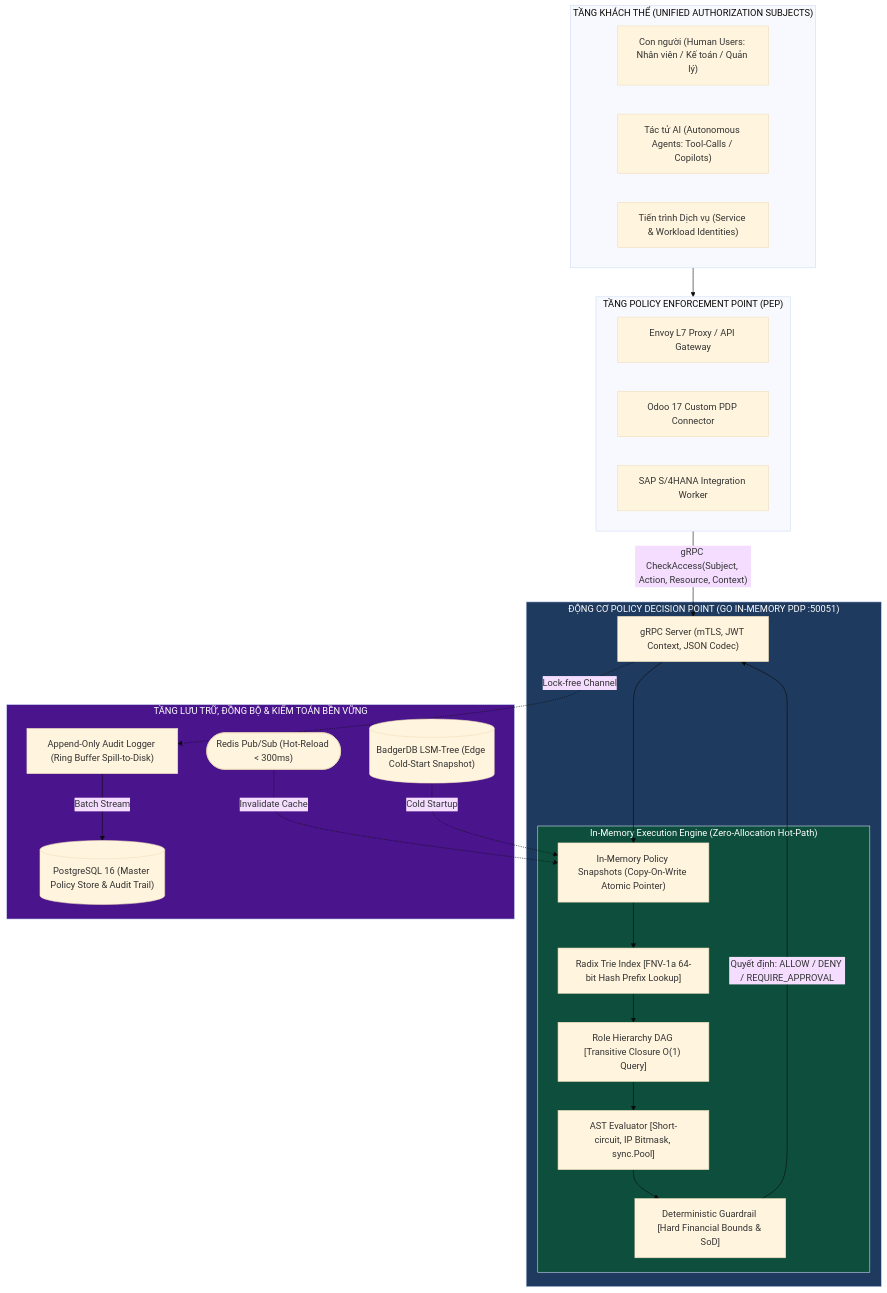
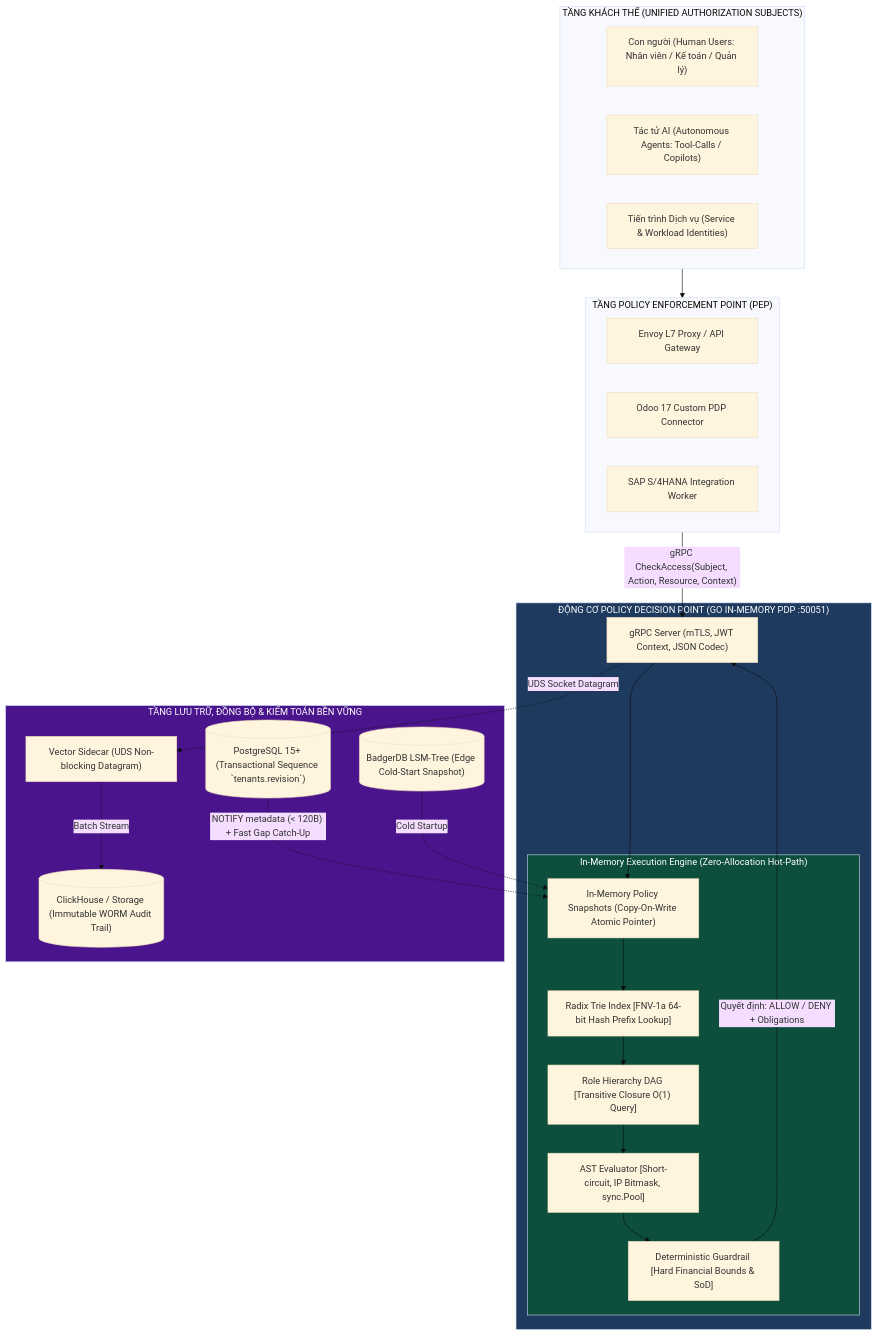
The second of 2 diagrams in docs/thesis-proposal/DE_CUONG_CHI_TIET_DO_AN_TOT_NGHIEP_CHUAN_KHOA_HOC.md (Rochthii/standalone-policy-engine), drawn with Mermaid (base theme) before and after one commit. The commit also changed other lines of this file, not shown here.

Commit message:
docs(thesis): synchronize proposal with pure postgres architecture and benchmark records

````diff
--- a/docs/thesis-proposal/DE_CUONG_CHI_TIET_DO_AN_TOT_NGHIEP_CHUAN_KHOA_HOC.md
+++ b/docs/thesis-proposal/DE_CUONG_CHI_TIET_DO_AN_TOT_NGHIEP_CHUAN_KHOA_HOC.md
@@ -163,51 +163,51 @@
 ```mermaid
 flowchart TD
     subgraph Clients["TẦNG KHÁCH THỂ (UNIFIED AUTHORIZATION SUBJECTS)"]
         HumanStaff["Con người (Human Users: Nhân viên / Kế toán / Quản lý)"]
         AIAgent["Tác tử AI (Autonomous Agents: Tool-Calls / Copilots)"]
         ServiceWorkload["Tiến trình Dịch vụ (Service & Workload Identities)"]
     end
 
     subgraph Gateway["TẦNG POLICY ENFORCEMENT POINT (PEP)"]
         EnvoyPEP["Envoy L7 Proxy / API Gateway"]
         OdooModule["Odoo 17 Custom PDP Connector"]
         SAPBridge["SAP S/4HANA Integration Worker"]
     end
 
     subgraph PDP_Core["ĐỘNG CƠ POLICY DECISION POINT (GO IN-MEMORY PDP :50051)"]
         GRPC["gRPC Server (mTLS, JWT Context, JSON Codec)"]
         
         subgraph RAM_Engine["In-Memory Execution Engine (Zero-Allocation Hot-Path)"]
             Trie["Radix Trie Index [FNV-1a 64-bit Hash Prefix Lookup]"]
             DAG["Role Hierarchy DAG [Transitive Closure O(1) Query]"]
             AST["AST Evaluator [Short-circuit, IP Bitmask, sync.Pool]"]
             Guardrail["Deterministic Guardrail [Hard Financial Bounds & SoD]"]
             COW["In-Memory Policy Snapshots (Copy-On-Write Atomic Pointer)"]
         end
     end
 
     subgraph Storage["TẦNG LƯU TRỮ, ĐỒNG BỘ & KIỂM TOÁN BỀN VỮNG"]
-        Redis(["Redis Pub/Sub (Hot-Reload < 300ms)"])
+        Postgres[("PostgreSQL 15+ (Transactional Sequence `tenants.revision`)")]
+        Vector["Vector Sidecar (UDS Non-blocking Datagram)"]
+        ClickHouse[("ClickHouse / Storage (Immutable WORM Audit Trail)")]
         Badger[("BadgerDB LSM-Tree (Edge Cold-Start Snapshot)")]
-        RingBuffer["Append-Only Audit Logger (Ring Buffer Spill-to-Disk)"]
-        Postgres[("PostgreSQL 16 (Master Policy Store & Audit Trail)")]
     end
 
     Clients --> Gateway
     Gateway -->|"gRPC CheckAccess(Subject, Action, Resource, Context)"| GRPC
     GRPC --> COW
     COW --> Trie
     Trie --> DAG
     DAG --> AST
     AST --> Guardrail
-    Guardrail -->|"Quyết định: ALLOW / DENY / REQUIRE_APPROVAL"| GRPC
+    Guardrail -->|"Quyết định: ALLOW / DENY + Obligations"| GRPC
 
-    GRPC -.->|"Lock-free Channel"| RingBuffer
-    RingBuffer -->|"Batch Stream"| Postgres
-    Redis -.->|"Invalidate Cache"| COW
+    GRPC -.->|"UDS Socket Datagram"| Vector
+    Vector -.->|"Batch Stream"| ClickHouse
+    Postgres -.->|"NOTIFY metadata (< 120B) + Fast Gap Catch-Up"| COW
     Badger -.->|"Cold Startup"| COW
 
     style PDP_Core fill:#1e3a5f,color:#fff
     style RAM_Engine fill:#0d4f3c,color:#fff
     style Storage fill:#4a148c,color:#fff
 ```
````
